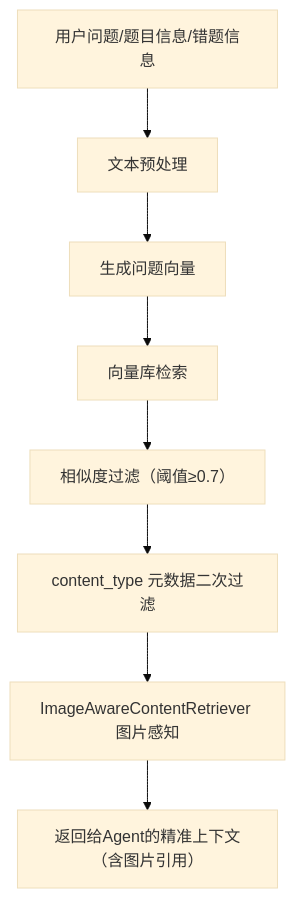
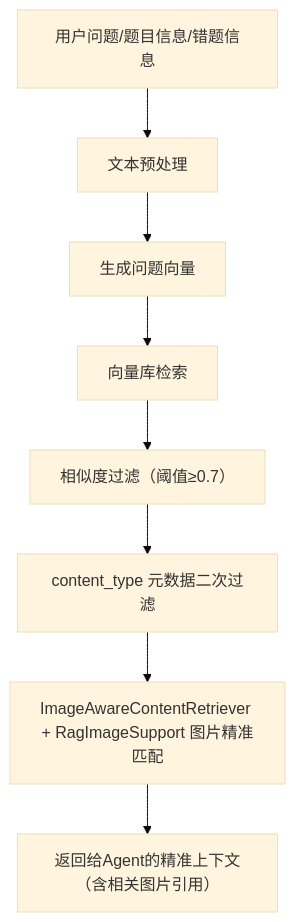
Before and after one commit to wangmengxxxi/xi_oj-agent: the third of 5 diagrams in MD/backend_dev_md/backend_dev.md, drawn with Mermaid (base theme). The commit also changed other lines of this file and 14 other files, not shown here.

Commit message:
在meta中新增image_ref，检索图片相关准确率提高

````diff
--- a/MD/backend_dev_md/backend_dev.md
+++ b/MD/backend_dev_md/backend_dev.md
@@ -504,10 +504,10 @@
 ```mermaid
 flowchart TD
     A[用户问题/题目信息/错题信息] --> B[文本预处理]
     B --> C[生成问题向量]
     C --> D[向量库检索]
     D --> E[相似度过滤（阈值≥0.7）]
     E --> F[content_type 元数据二次过滤]
-    F --> G[ImageAwareContentRetriever 图片感知]
-    G --> H[返回给Agent的精准上下文（含图片引用）]
+    F --> G[ImageAwareContentRetriever + RagImageSupport 图片精准匹配]
+    G --> H[返回给Agent的精准上下文（含相关图片引用）]
 ```
````
